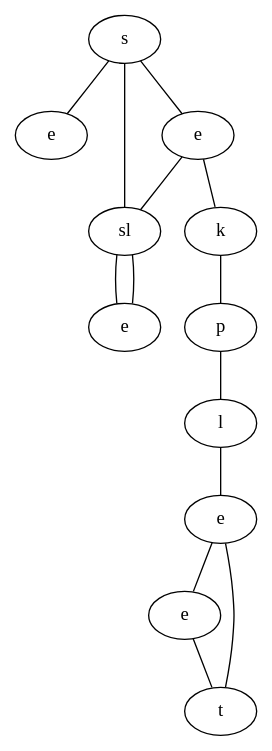
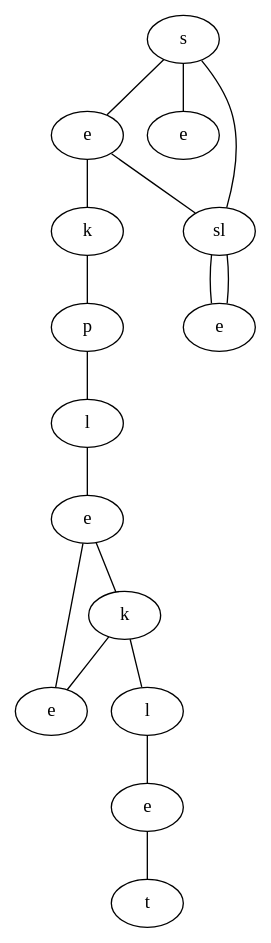
One commit to schrum2/MM-NEAT changed the diagram in data/VGLC/graph.dot. Above: the diagram before and after it, drawn with Graphviz. The commit also changed 5 other files, not shown here.

```diff
--- a/data/VGLC/graph.dot
+++ b/data/VGLC/graph.dot
@@ -1,26 +1,32 @@
 graph {
-jjNi[label="s"]
-ukeh[label="e"]
-uuvB[label="e"]
-iMzk[label="sl"]
-NyGe[label="k"]
-tkxU[label="e"]
-HyJg[label="p"]
-NMbX[label="l"]
-lrps[label="e"]
-EHNM[label="e"]
-ttNu[label="t"]
-jjNi -- ukeh
-jjNi -- uuvB
-jjNi -- iMzk
-uuvB -- NyGe
-uuvB -- iMzk
-iMzk -- tkxU
-NyGe -- HyJg
-iMzk -- tkxU
-HyJg -- NMbX
-NMbX -- lrps
-lrps -- EHNM
-lrps -- ttNu
-EHNM -- ttNu
+QMDT[label="s"]
+dFmn[label="e"]
+SIsU[label="e"]
+qLDr[label="sl"]
+hJCh[label="k"]
+xoyp[label="e"]
+xTsi[label="p"]
+bUbD[label="l"]
+jHNZ[label="e"]
+Rmze[label="k"]
+DBlG[label="e"]
+OteM[label="l"]
+xsAC[label="e"]
+PZsJ[label="t"]
+QMDT -- dFmn
+QMDT -- SIsU
+QMDT -- qLDr
+dFmn -- hJCh
+dFmn -- qLDr
+qLDr -- xoyp
+hJCh -- xTsi
+qLDr -- xoyp
+xTsi -- bUbD
+bUbD -- jHNZ
+jHNZ -- Rmze
+jHNZ -- DBlG
+Rmze -- OteM
+Rmze -- DBlG
+OteM -- xsAC
+xsAC -- PZsJ
 }
```
